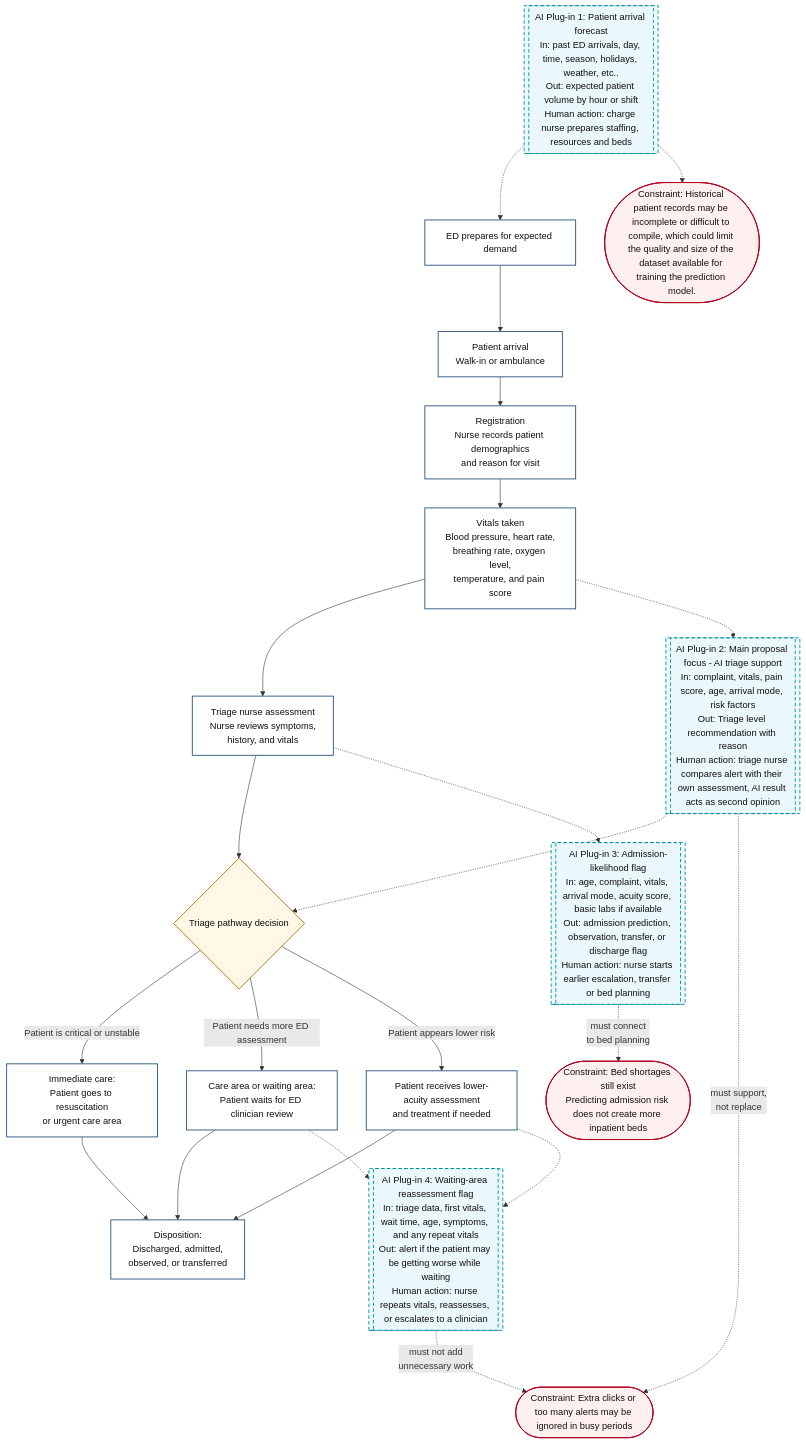
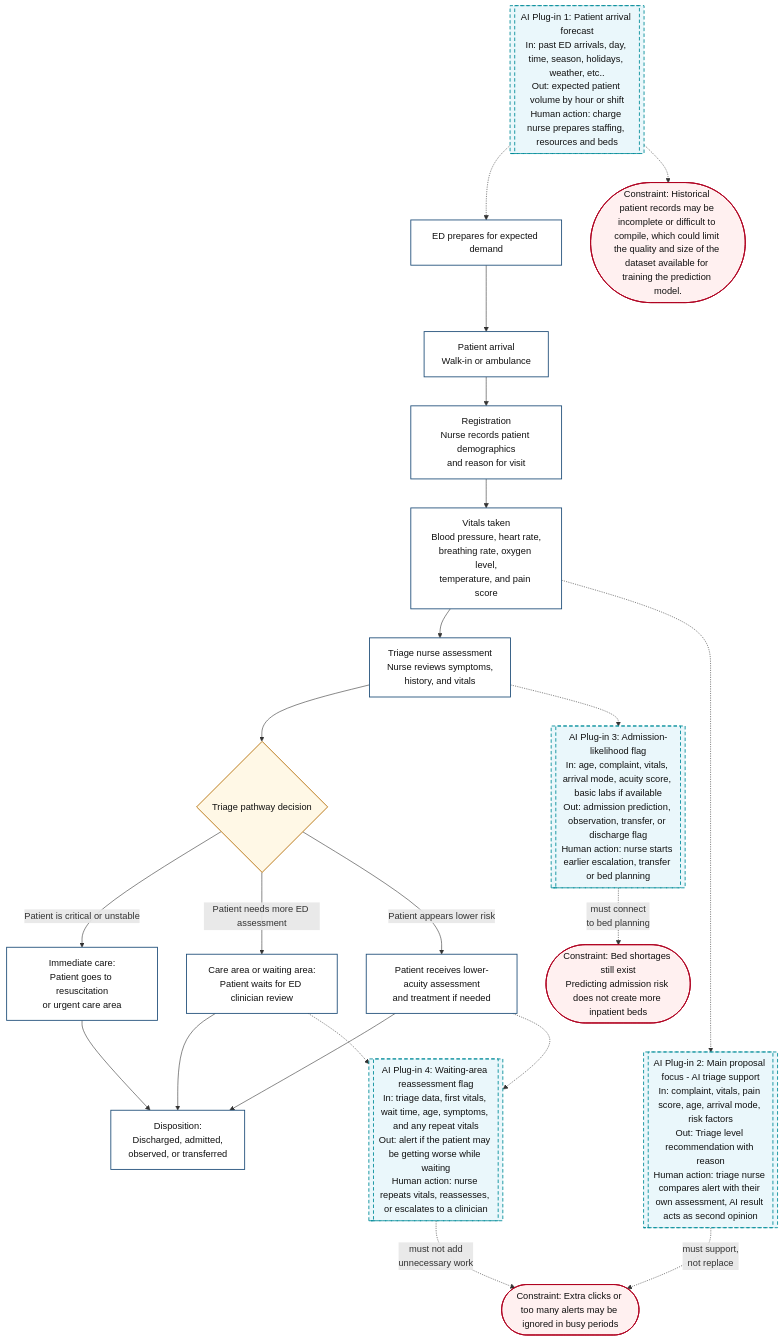
One commit to tinadams/carisurg-portfolio changed the diagram in docs/week_3_workflow_diagram.md. Above: the diagram before and after it, drawn with Mermaid.

````diff
--- a/docs/week_3_workflow_diagram.md
+++ b/docs/week_3_workflow_diagram.md
@@ -1,62 +1,61 @@
 ```mermaid
 flowchart TD
 
 A[Patient arrival<br/>Walk-in or ambulance] --> B[Registration<br/>Nurse records patient demographics<br/>and reason for visit]
 
 B --> C[Vitals taken<br/>Blood pressure, heart rate,<br/>breathing rate, oxygen level,<br/>temperature, and pain score]
 
 C --> D[Triage nurse assessment<br/>Nurse reviews symptoms,<br/>history, and vitals]
 
 D --> E{Triage pathway decision}
 
 E -->|Patient is critical or unstable| F[Immediate care:<br/>Patient goes to resuscitation<br/>or urgent care area]
 
 E -->|Patient needs more ED assessment| G[Care area or waiting area:<br/>Patient waits for ED clinician review]
 
 E -->|Patient appears lower risk| H[Patient receives lower-acuity assessment<br/>and treatment if needed]
 
 I[Disposition:<br/>Discharged, admitted,<br/>observed, or transferred]
 F --> I
 G --> I
 H --> I
 
 
 AI1[[AI Plug-in 1: Patient arrival forecast<br/>In: past ED arrivals, day, time, season, holidays, weather, etc..<br/>Out: expected patient volume by hour or shift<br/>Human action: charge nurse prepares staffing, resources and beds]]
 
 AI2[[AI Plug-in 2: Main proposal focus - AI triage support<br/>In: complaint, vitals, pain score, age, arrival mode, risk factors<br/>Out: Triage level recommendation with reason<br/>Human action: triage nurse compares alert with their own assessment, AI result acts as second opinion]]
 
 AI3[[AI Plug-in 3: Admission-likelihood flag<br/>In: age, complaint, vitals, arrival mode, acuity score, basic labs if available<br/>Out: admission prediction, observation, transfer, or discharge flag<br/>Human action: nurse starts earlier escalation, transfer or bed planning]]
 
 AI4[[AI Plug-in 4: Waiting-area reassessment flag<br/>In: triage data, first vitals, wait time, age, symptoms, and any repeat vitals<br/>Out: alert if the patient may be getting worse while waiting<br/>Human action: nurse repeats vitals, reassesses, or escalates to a clinician]]
 
 PRE[ED prepares for expected demand]
 
 AI1 -.-> PRE
 PRE --> A
 D -.-> AI3
 C -.-> AI2
-AI2 -.-> E
 G -.-> AI4
 H -.-> AI4
 
 C1([Constraint: Historical patient records may be incomplete or difficult to compile, which could limit the quality and size of the dataset available for training the prediction model.])
 
 C2([Constraint: Extra clicks or too many alerts may be ignored in busy periods])
 
 C3([Constraint: Bed shortages still exist<br/>Predicting admission risk does not create more inpatient beds])
 
 AI1 -.-> C1
 AI2 -.->|must support,<br/>not replace| C2
 AI3 -.->|must connect<br/>to bed planning| C3
 AI4 -.->|must not add<br/>unnecessary work| C2
 
 classDef process fill:#ffffff,stroke:#1f4e79,stroke-width:1.5px,color:#111;
 classDef decision fill:#fff8e6,stroke:#b36b00,stroke-width:1.5px,color:#111;
 classDef ai fill:#eaf7fb,stroke:#008c99,stroke-width:1.5px,stroke-dasharray: 6 4,color:#111;
 classDef constraint fill:#fff0f0,stroke:#b00020,stroke-width:1.5px,color:#111;
 
 class A,B,C,D,F,G,H,I,PRE process;
 class E decision;
 class AI1,AI2,AI3,AI4 ai;
 class C1,C2,C3 constraint;
 ```
````
